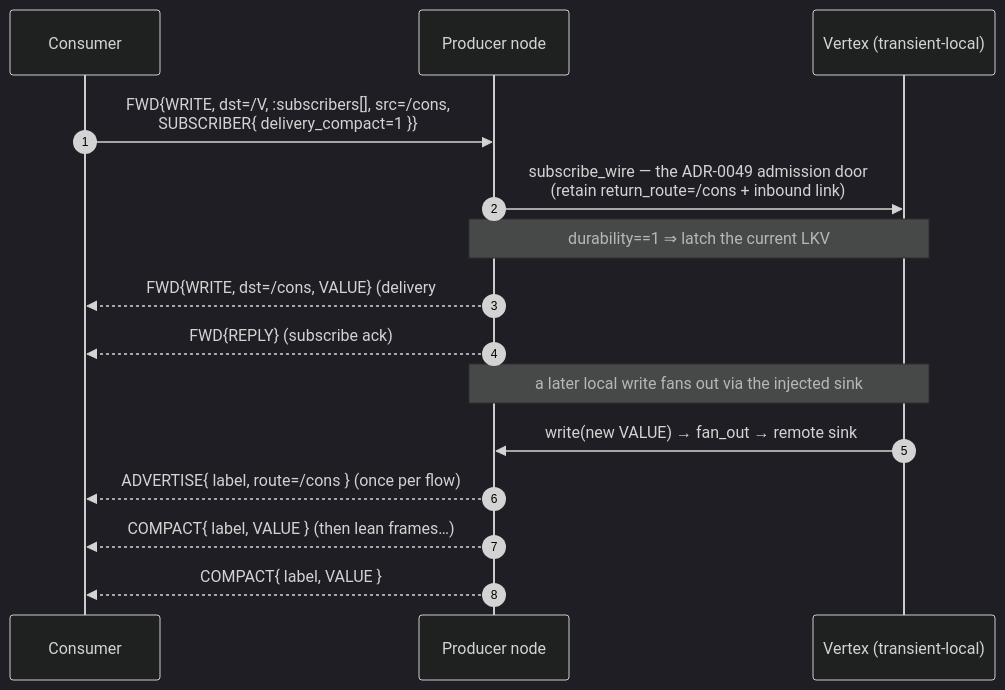
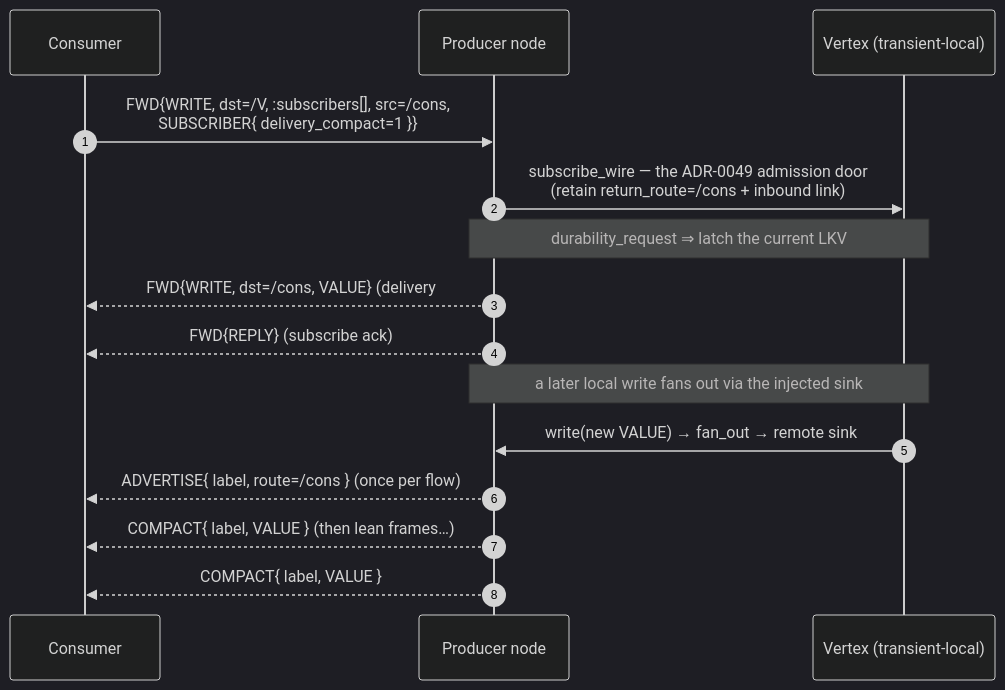
One commit to avatarsd-llc/libtracer changed the second of 7 diagrams in docs/reference/05-protocol-tlvs.md. Above: the diagram before and after it, drawn with Mermaid (dark theme). The commit also changed other lines of this file and 32 other files, not shown here.

````diff
--- a/docs/reference/05-protocol-tlvs.md
+++ b/docs/reference/05-protocol-tlvs.md
@@ -203,17 +228,17 @@
 ```{mermaid}
 sequenceDiagram
     autonumber
     participant Cons as Consumer
     participant Prod as Producer node
     participant V as Vertex (transient-local)
     Cons->>Prod: FWD{WRITE, dst=/V, :subscribers[], src=/cons,<br/>SUBSCRIBER{ delivery_compact=1 }}
     Prod->>V: subscribe_wire — the ADR-0049 admission door<br/>(retain return_route=/cons + inbound link)
-    Note over Prod,V: durability==1 ⇒ latch the current LKV
+    Note over Prod,V: durability_request ⇒ latch the current LKV
     Prod-->>Cons: FWD{WRITE, dst=/cons, VALUE}  (delivery #1 — the latch)
     Prod-->>Cons: FWD{REPLY} (subscribe ack)
     Note over V,Prod: a later local write fans out via the injected sink
     V->>Prod: write(new VALUE) → fan_out → remote sink
     Prod-->>Cons: ADVERTISE{ label, route=/cons }  (once per flow)
     Prod-->>Cons: COMPACT{ label, VALUE }          (then lean frames…)
     Prod-->>Cons: COMPACT{ label, VALUE }
 ```
````
